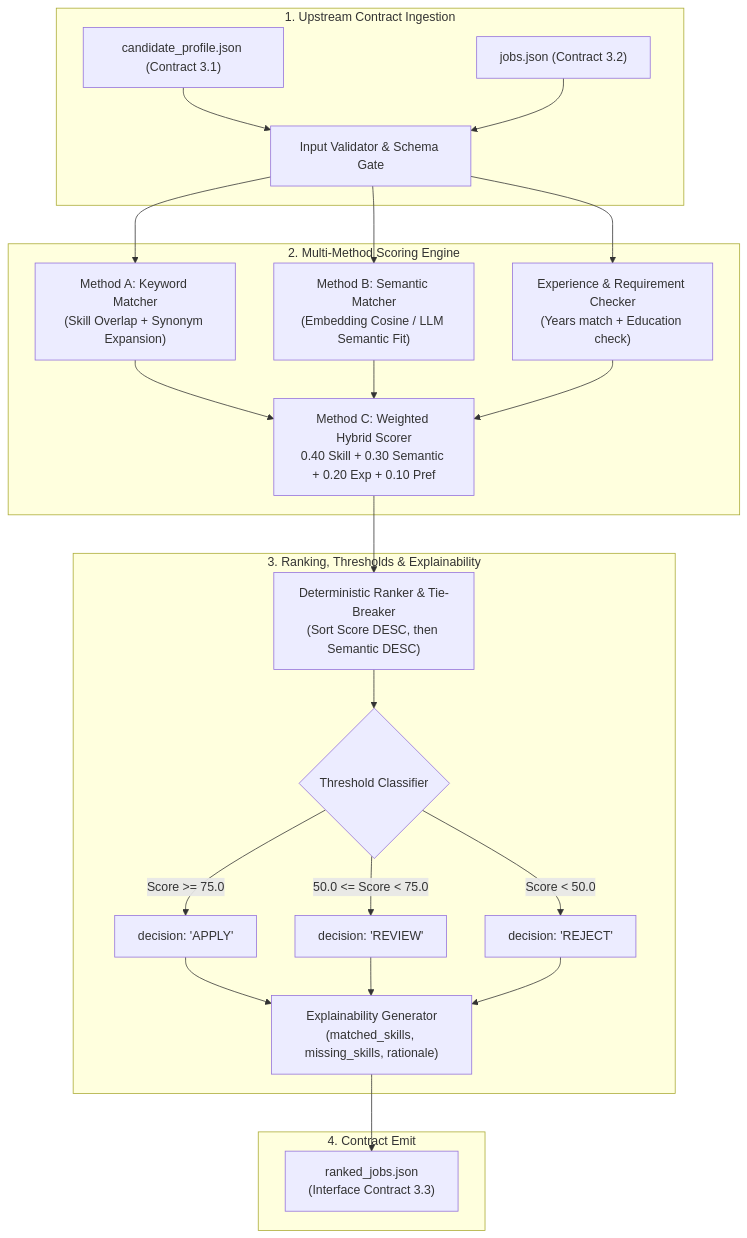
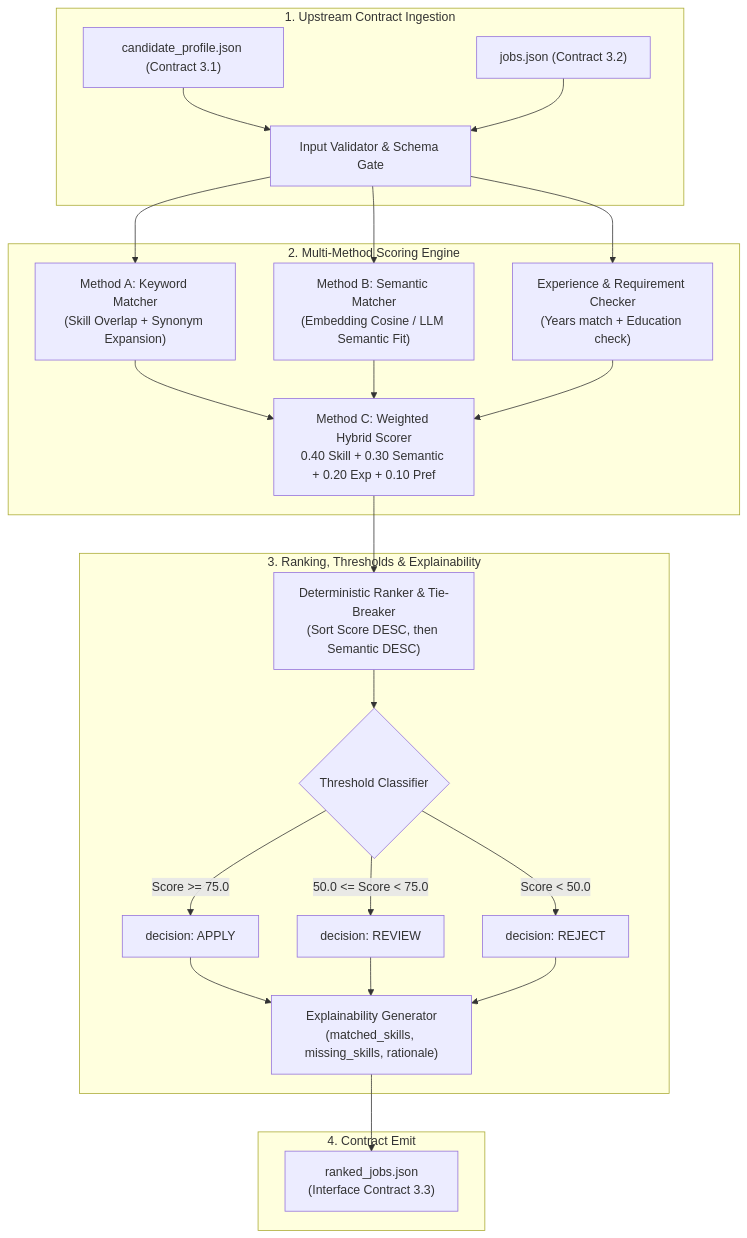
Before and after one commit to zeyad866/Melissa: the diagram in Module_3_Matching_Ranking/README.md, drawn with Mermaid. The commit also changed 5 other files, not shown here.

Commit message:
fix(docs): quote Mermaid edge and node labels for GitHub compatibility

````diff
--- a/Module_3_Matching_Ranking/README.md
+++ b/Module_3_Matching_Ranking/README.md
@@ -11,34 +11,34 @@
 ```mermaid
 flowchart TD
     subgraph Inputs["1. Upstream Contract Ingestion"]
         Cand["candidate_profile.json (Contract 3.1)"] --> Ingest["Input Validator & Schema Gate"]
         Jobs["jobs.json (Contract 3.2)"] --> Ingest
     end
 
     subgraph Scoring["2. Multi-Method Scoring Engine"]
         Ingest --> MethodA["Method A: Keyword Matcher<br/>(Skill Overlap + Synonym Expansion)"]
         Ingest --> MethodB["Method B: Semantic Matcher<br/>(Embedding Cosine / LLM Semantic Fit)"]
         Ingest --> ExpCheck["Experience & Requirement Checker<br/>(Years match + Education check)"]
         
         MethodA --> Hybrid["Method C: Weighted Hybrid Scorer<br/>0.40 Skill + 0.30 Semantic + 0.20 Exp + 0.10 Pref"]
         MethodB --> Hybrid
         ExpCheck --> Hybrid
     end
 
     subgraph Decision["3. Ranking, Thresholds & Explainability"]
         Hybrid --> Ranker["Deterministic Ranker & Tie-Breaker<br/>(Sort Score DESC, then Semantic DESC)"]
         Ranker --> Thresholds{"Threshold Classifier"}
         
-        Thresholds -- "Score >= 75.0" --> Apply["decision: 'APPLY'"]
-        Thresholds -- "50.0 <= Score < 75.0" --> Review["decision: 'REVIEW'"]
-        Thresholds -- "Score < 50.0" --> Reject["decision: 'REJECT'"]
+        Thresholds -- "Score >= 75.0" --> Apply["decision: APPLY"]
+        Thresholds -- "50.0 <= Score < 75.0" --> Review["decision: REVIEW"]
+        Thresholds -- "Score < 50.0" --> Reject["decision: REJECT"]
         
         Apply --> Explain["Explainability Generator<br/>(matched_skills, missing_skills, rationale)"]
         Review --> Explain
         Reject --> Explain
     end
 
     subgraph Output["4. Contract Emit"]
         Explain --> ContractOut["ranked_jobs.json<br/>(Interface Contract 3.3)"]
     end
 ```
````
